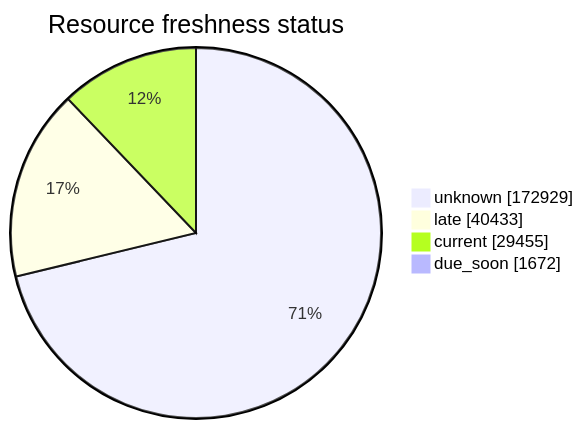
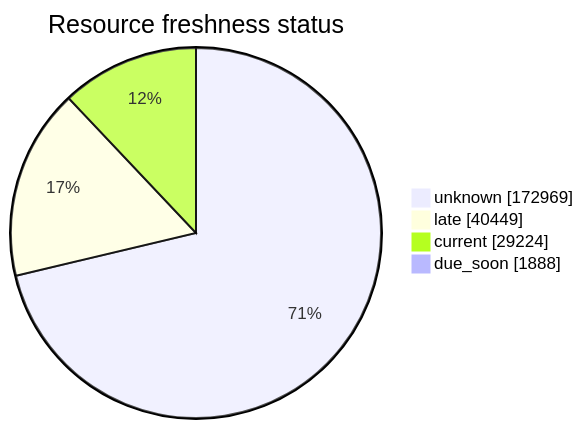
The third of 5 diagrams in FreshCheck/README.md (open-data/analytics-corporate-reporting), drawn with Mermaid before and after one commit. The commit also changed other lines of this file and 3 other files, not shown here.

````diff
--- a/FreshCheck/README.md
+++ b/FreshCheck/README.md
@@ -78,7 +78,7 @@
 ```mermaid
 pie showData title Resource freshness status
-    "unknown": 172929
-    "late": 40433
-    "current": 29455
-    "due_soon": 1672
+    "unknown": 172969
+    "late": 40449
+    "current": 29224
+    "due_soon": 1888
 ```
````
